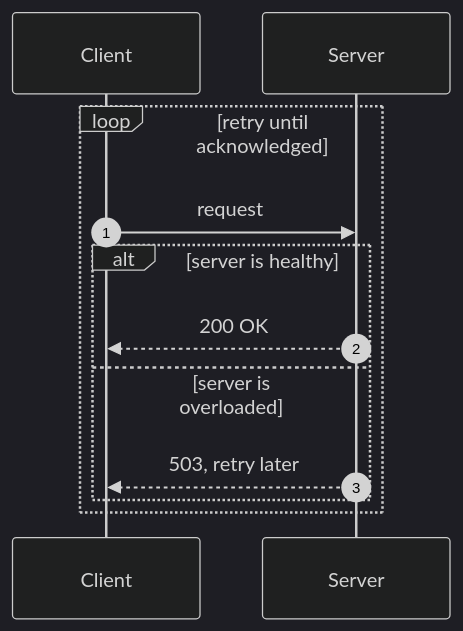
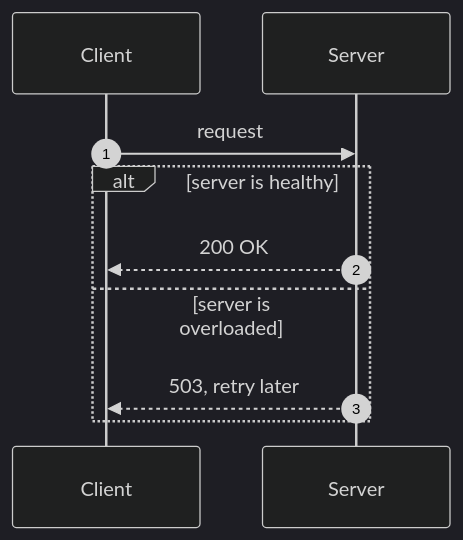
One commit to mo6/viewmd changed the first of 2 diagrams in docs/example.md. Above: the diagram before and after it, drawn with Mermaid (dark theme). The commit also changed other lines of this file and 3 other files, not shown here.

First line of the commit message:
Add Mermaid diagram showcase doc, update README/AGENTS.md for flowchart support

````diff
--- a/docs/example.md
+++ b/docs/example.md
@@ -120,14 +85,12 @@
 ```mermaid
 sequenceDiagram
     autonumber
     participant Client
     participant Server
-    loop retry until acknowledged
-        Client->>Server: request
-        alt server is healthy
-            Server-->>Client: 200 OK
-        else server is overloaded
-            Server-->>Client: 503, retry later
-        end
+    Client->>Server: request
+    alt server is healthy
+        Server-->>Client: 200 OK
+    else server is overloaded
+        Server-->>Client: 503, retry later
     end
 ```
````
